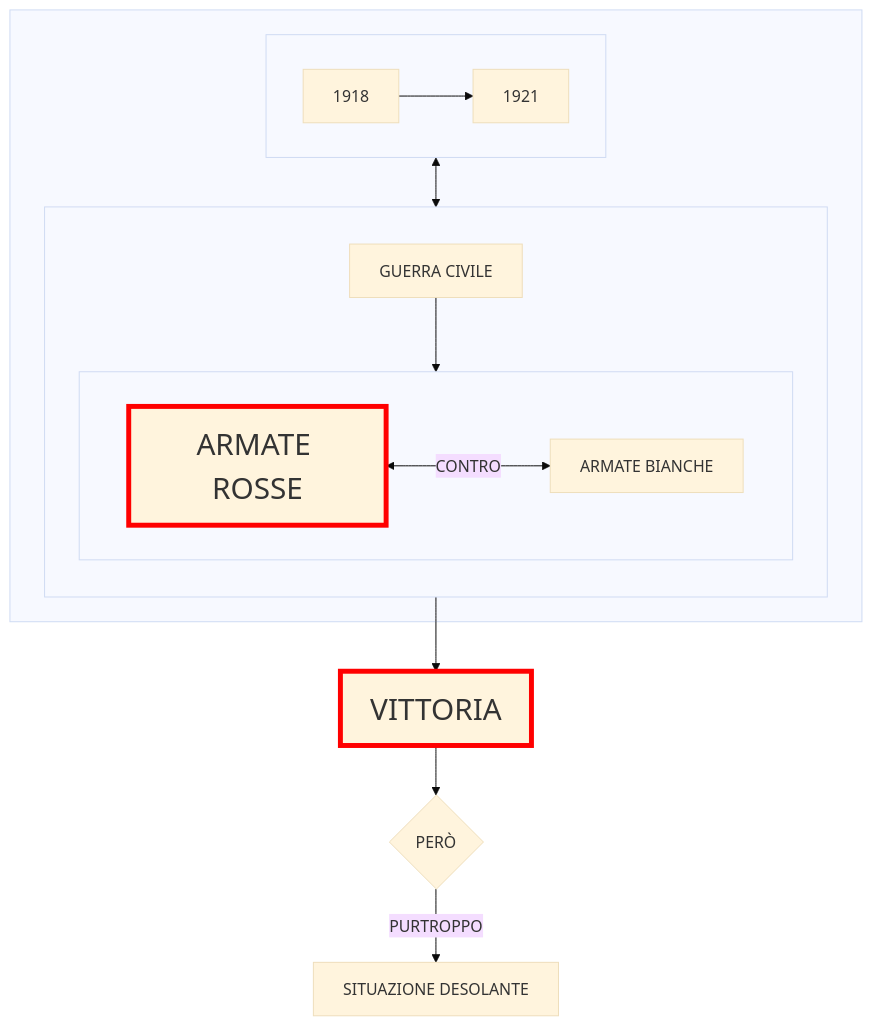
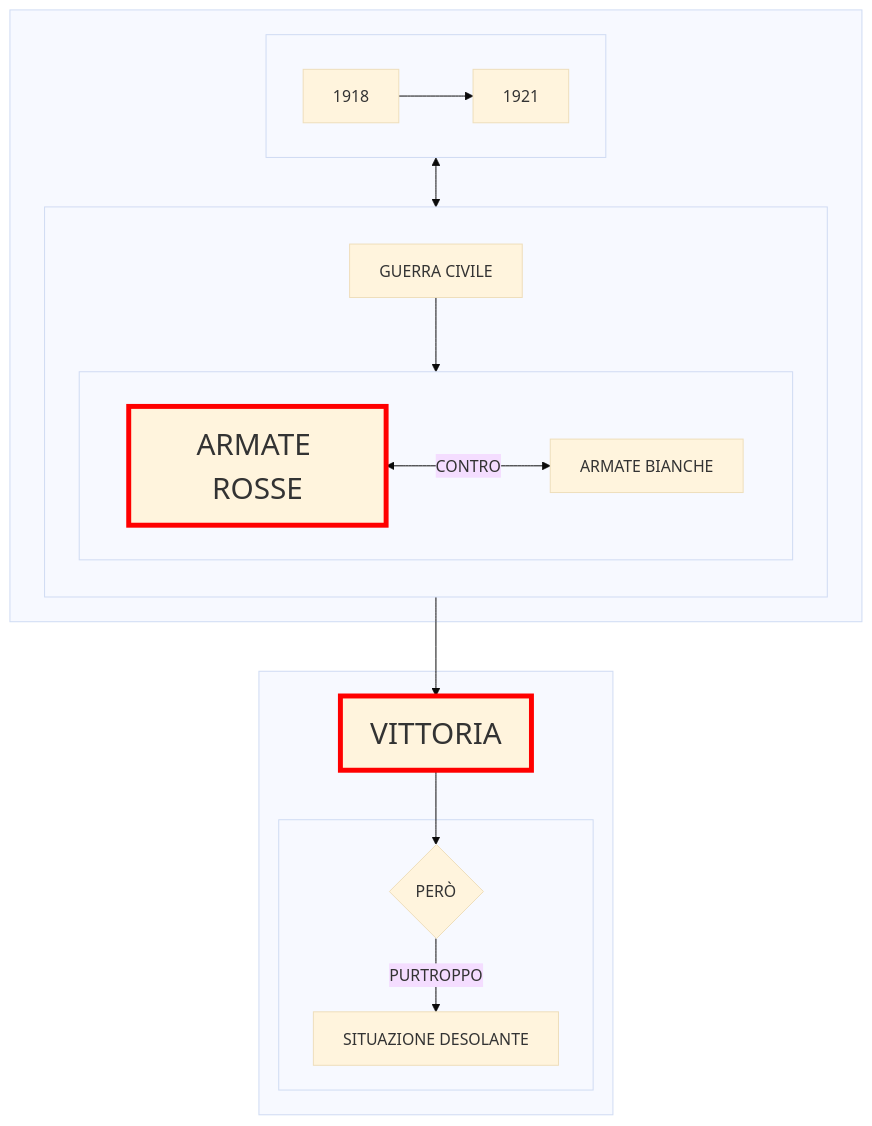
One commit to Laaouatni/ricerca-storia-MermaidJS changed the diagram in prova.md. Above: the diagram before and after it, drawn with Mermaid (base theme).

````diff
--- a/prova.md
+++ b/prova.md
@@ -1,31 +1,36 @@
 ```mermaid
 flowchart TB;
   subgraph 0[" "]
     subgraph 01[" "]
       direction LR;
       010[1918]
       011[1921]
       010 --> 011
     end
     01 <--> 02
 
     subgraph 02[" "]
       direction TB;
       020[GUERRA CIVILE]
       subgraph 021[" "]
         direction LR;
         0210[ARMATE ROSSE]
         style 0210 stroke:#ff0000,stroke-width:5px, font-size:30px;
         0211[ARMATE BIANCHE]
         0210 <-->|CONTRO| 0211
       end
       020 --> 021
     end
   end
-  1[VITTORIA]
-  style 1 stroke:#ff0000,stroke-width:5px, font-size:30px;
-  0210 --> 1
-  2{PERÒ}
-  20[SITUAZIONE DESOLANTE]
-  1 --> 2 -->|PURTROPPO| 20
+
+  subgraph 3[" "]
+    1[VITTORIA]
+    style 1 stroke:#ff0000,stroke-width:5px, font-size:30px;
+    subgraph 30[" "]
+      2{PERÒ}
+      20[SITUAZIONE DESOLANTE]
+    end
+    0210 --> 1
+    1 --> 2 -->|PURTROPPO| 20
+  end
 ```
````
